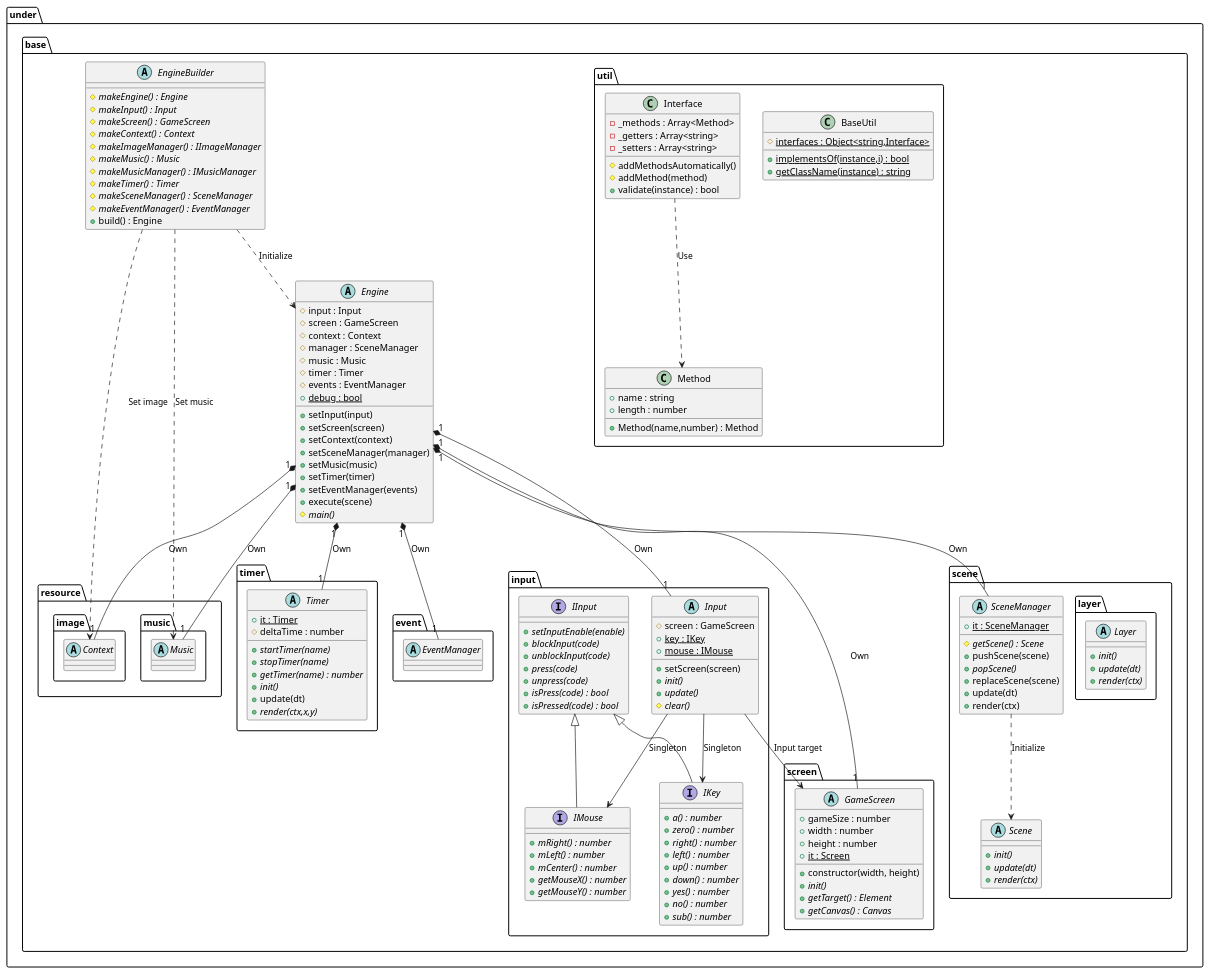
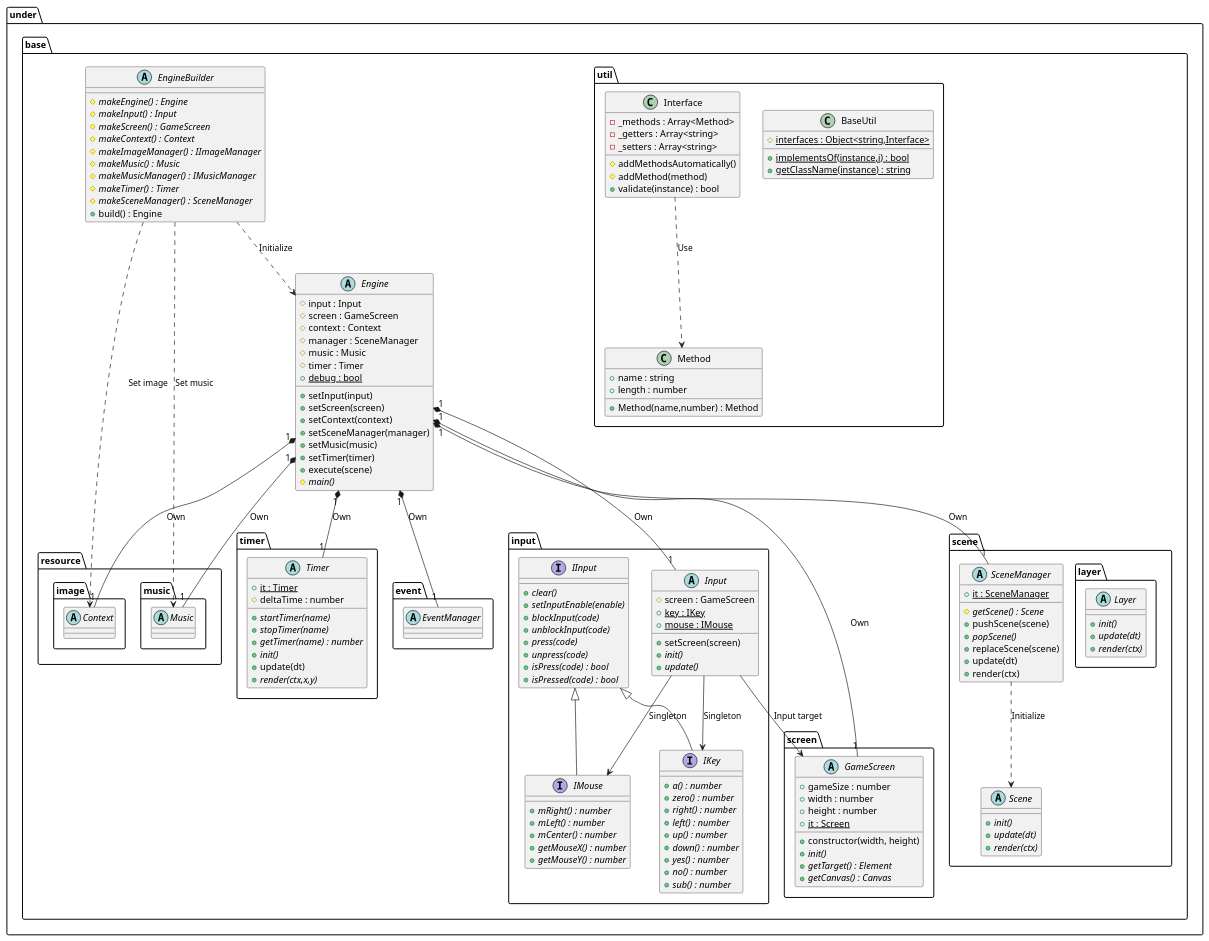
One commit to Expine/Under changed the diagram in uml/gamebase/Base.wsd. Above: the diagram before and after it, drawn with PlantUML. The commit also changed 46 other files, not shown here.

```diff
--- a/uml/gamebase/Base.wsd
+++ b/uml/gamebase/Base.wsd
@@ -1,194 +1,191 @@
 @startuml GameBaseBase
 
 package under {
     package base {
         abstract EngineBuilder {
             {abstract} #makeEngine() : Engine
             {abstract} #makeInput() : Input
             {abstract} #makeScreen() : GameScreen
             {abstract} #makeContext() : Context
             {abstract} #makeImageManager() : IImageManager
             {abstract} #makeMusic() : Music
             {abstract} #makeMusicManager() : IMusicManager
             {abstract} #makeTimer() : Timer
             {abstract} #makeSceneManager() : SceneManager
-            {abstract} #makeEventManager() : EventManager
             +build() : Engine
         }
         abstract Engine {
             #input : Input
             #screen : GameScreen
             #context : Context
             #manager : SceneManager
             #music : Music
             #timer : Timer
-            #events : EventManager
             {static} +debug : bool
             +setInput(input)
             +setScreen(screen)
             +setContext(context)
             +setSceneManager(manager)
             +setMusic(music)
             +setTimer(timer)
-            +setEventManager(events)
             +execute(scene)
             {abstract} #main()
         }
 
         package input {
             abstract Input {
                 #screen : GameScreen
                 {static} +key : IKey /' Singleton '/
                 {static} +mouse : IMouse /' Singleton '/
                 +setScreen(screen)
                 {abstract} +init()
                 {abstract} +update()
-                {abstract} #clear()
             }
 
             interface IInput {
+                {abstract} +clear()
                 {abstract} +setInputEnable(enable)
                 {abstract} +blockInput(code)
                 {abstract} +unblockInput(code)
                 {abstract} +press(code)
                 {abstract} +unpress(code)
                 {abstract} +isPress(code) : bool
                 {abstract} +isPressed(code) : bool
             }
 
             interface IKey {
                 {abstract} +a() : number
                 {abstract} +zero() : number
                 {abstract} +right() : number
                 {abstract} +left() : number
                 {abstract} +up() : number
                 {abstract} +down() : number
                 {abstract} +yes() : number
                 {abstract} +no() : number
                 {abstract} +sub() : number
             }
 
             interface IMouse {
                 {abstract} +mRight() : number
                 {abstract} +mLeft() : number
                 {abstract} +mCenter() : number
                 {abstract} +getMouseX() : number
                 {abstract} +getMouseY() : number
             }
         }
 
         package screen {
             abstract GameScreen {
                 +constructor(width, height)
                 +gameSize : number
                 +width : number
                 +height : number
                 {static} +it : Screen /' Singleton '/
                 {abstract} +init()
                 {abstract} +getTarget() : Element
                 {abstract} +getCanvas() : Canvas
             }
         }
 
         package scene {
             abstract SceneManager {
                 {static} +it : SceneManager /' Singleton '/
                 {abstract} #getScene() : Scene
                 +pushScene(scene)
                 {abstract} +popScene()
                 +replaceScene(scene)
                 +update(dt)
                 +render(ctx)
             }
             abstract Scene {
                 {abstract} +init()
                 {abstract} +update(dt)
                 {abstract} +render(ctx)
             }
 
             package layer {
                 abstract Layer {
                     {abstract} +init()
                     {abstract} +update(dt)
                     {abstract} +render(ctx)
                 }
             }
         }
 
         package timer {
             abstract Timer {
                 {static} +it : Timer /' Singleton '/
                 #deltaTime : number
                 {abstract} +startTimer(name)
                 {abstract} +stopTimer(name)
                 {abstract} +getTimer(name) : number
                 {abstract} +init()
                 +update(dt)
                 {abstract} +render(ctx,x,y)
             }
         }
 
         package util {
             class BaseUtil {
                 {static} #interfaces : Object<string,Interface>
                 {static} +implementsOf(instance,i) : bool
                 {static} +getClassName(instance) : string
             }
             class Interface {
                 -_methods : Array<Method>
                 -_getters : Array<string>
                 -_setters : Array<string>
                 #addMethodsAutomatically()
                 #addMethod(method)
                 +validate(instance) : bool
             }
             class Method {
                 +Method(name,number) : Method
                 +name : string
                 +length : number
             }
         }
     }
 }
 
 package under {
     package base {
         package resource {
             package music {
                 abstract Music
             }
             package image {
                 abstract Context
             }
         }
 
         package event {
             abstract EventManager
         }
     }
 }
 
 EngineBuilder ..> Engine : Initialize
 EngineBuilder ..> Context : Set image
 EngineBuilder ..> Music : Set music
 Engine "1"*-- "1" Input : Own
 Engine "1"*-- "1" GameScreen : Own
 Engine "1"*-- "1" Context : Own
 Engine "1"*-- "1" SceneManager : Own
 Engine "1"*-- "1" Music : Own
 Engine "1"*-- "1" Timer : Own
 Engine "1"*-- "1" EventManager : Own
 
 Input --> GameScreen : Input target
 
 Input --> IKey : Singleton
 Input --> IMouse : Singleton
 
 SceneManager ..> Scene : Initialize
 
 Interface ..> Method : Use
 
 IInput <|-- IKey
 IInput <|-- IMouse
 
 @enduml
```
